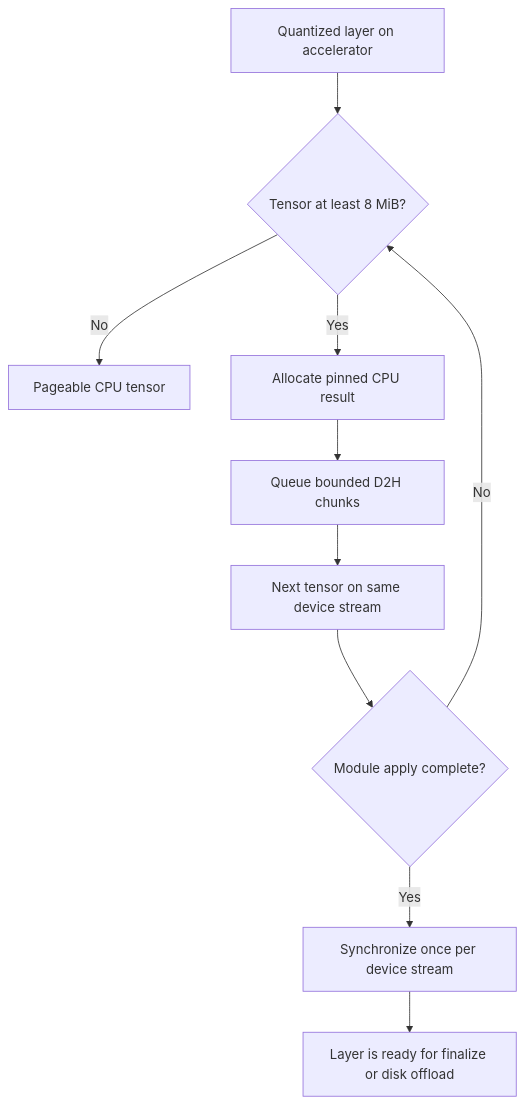
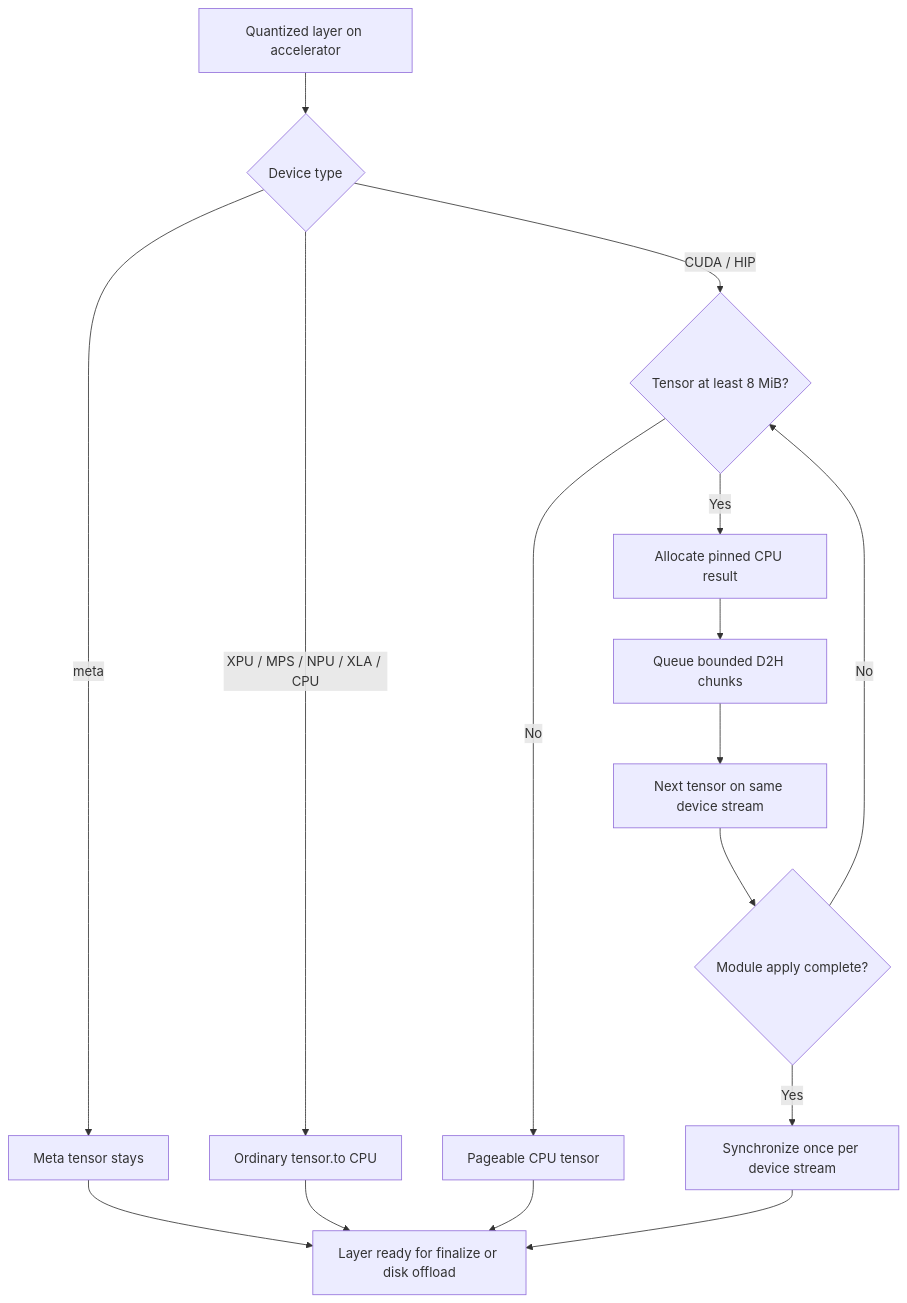
The third of 6 diagrams in docs/auto-nf12-dtype-cast.md (ModelCloud/GPTQModel), drawn with Mermaid before and after one commit. The commit also changed other lines of this file, not shown here.

Commit message:
docs(nf12): document non-CUDA layer offload routing

````diff
--- a/docs/auto-nf12-dtype-cast.md
+++ b/docs/auto-nf12-dtype-cast.md
@@ -220,12 +220,18 @@
 ```mermaid
 flowchart TD
-    A[Quantized layer on accelerator] --> B{Tensor at least 8 MiB?}
-    B -- No --> C[Pageable CPU tensor]
-    B -- Yes --> D[Allocate pinned CPU result]
-    D --> E[Queue bounded D2H chunks]
-    E --> F[Next tensor on same device stream]
-    F --> G{Module apply complete?}
-    G -- No --> B
-    G -- Yes --> H[Synchronize once per device stream]
-    H --> I[Layer is ready for finalize or disk offload]
+    A[Quantized layer on accelerator] --> B{Device type}
+    B -- meta --> C[Meta tensor stays]
+    B -- "XPU / MPS / NPU / XLA / CPU" --> D[Ordinary tensor.to CPU]
+    B -- "CUDA / HIP" --> E{Tensor at least 8 MiB?}
+    E -- No --> F[Pageable CPU tensor]
+    E -- Yes --> G[Allocate pinned CPU result]
+    G --> H[Queue bounded D2H chunks]
+    H --> I[Next tensor on same device stream]
+    I --> J{Module apply complete?}
+    J -- No --> E
+    J -- Yes --> K[Synchronize once per device stream]
+    C --> L[Layer ready for finalize or disk offload]
+    D --> L
+    F --> L
+    K --> L
 ```
````
